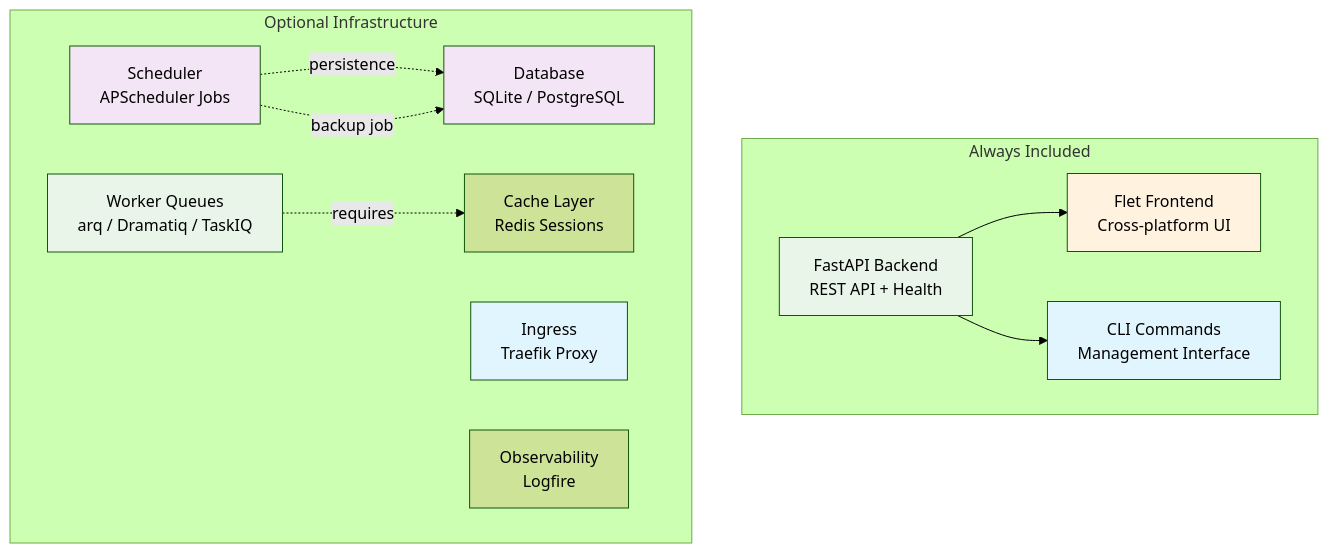
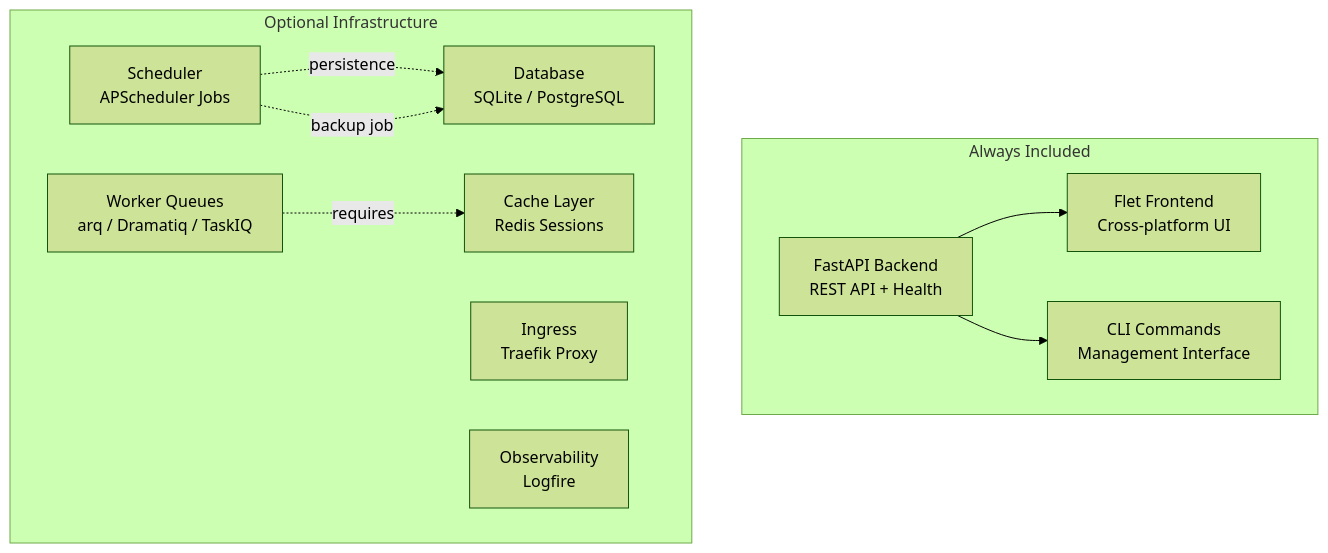
One commit to bhardwajRahul/aegis-stack changed the first of 2 diagrams in docs/components/index.md. Above: the diagram before and after it, drawn with Mermaid (forest theme). The commit also changed other lines of this file and 26 other files, not shown here.

````diff
--- a/docs/components/index.md
+++ b/docs/components/index.md
@@ -25,32 +25,24 @@
 ```mermaid
 graph TB
     subgraph "Always Included"
-        API[FastAPI Backend<br/>REST API + Health]
-        Frontend[Flet Frontend<br/>Cross-platform UI]
-        CLI[CLI Commands<br/>Management Interface]
+        API["FastAPI Backend<br/>REST API + Health"]
+        Frontend["Flet Frontend<br/>Cross-platform UI"]
+        CLI["CLI Commands<br/>Management Interface"]
     end
     
     subgraph "Optional Infrastructure"
-        Scheduler[Scheduler<br/>APScheduler Jobs]
-        Database[Database<br/>SQLite / PostgreSQL]
-        Worker[Worker Queues<br/>arq / Dramatiq / TaskIQ]
-        Ingress[Ingress<br/>Traefik Proxy]
-        Observability[Observability<br/>Logfire]
-        Cache[Cache Layer<br/>Redis Sessions]
+        Scheduler["Scheduler<br/>APScheduler Jobs"]
+        Database["Database<br/>SQLite / PostgreSQL"]
+        Worker["Worker Queues<br/>arq / Dramatiq / TaskIQ"]
+        Ingress["Ingress<br/>Traefik Proxy"]
+        Observability["Observability<br/>Logfire"]
+        Cache["Cache Layer<br/>Redis Sessions"]
     end
     
     API --> Frontend
     API --> CLI
     
     Scheduler -.->|persistence| Database
     Worker -.->|requires| Cache
     Scheduler -.->|backup job| Database
-    
-    style API fill:#e8f5e8
-    style Frontend fill:#fff3e0  
-    style CLI fill:#e1f5fe
-    style Scheduler fill:#f3e5f5
-    style Database fill:#f3e5f5
-    style Worker fill:#e8f5e8
-    style Ingress fill:#e1f5fe
 ```
````
